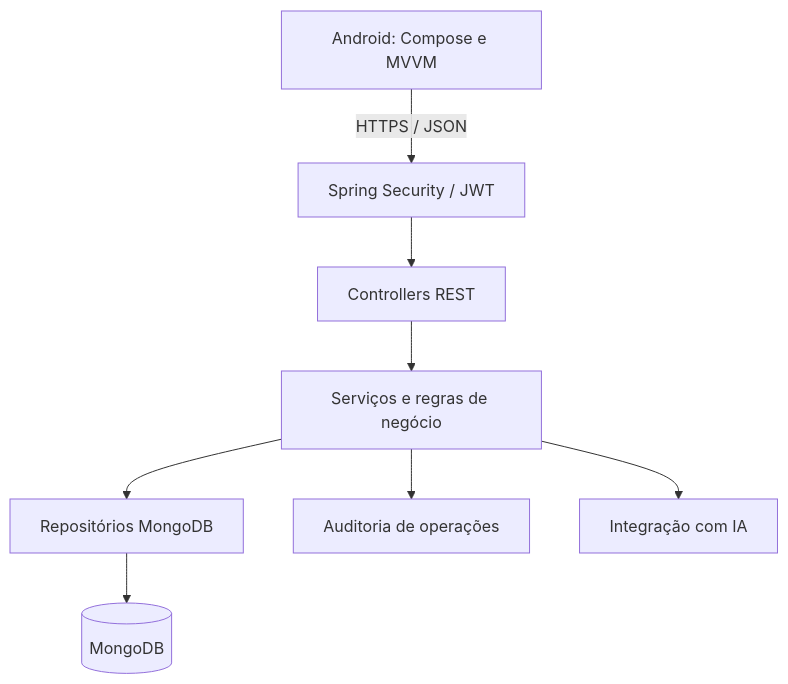
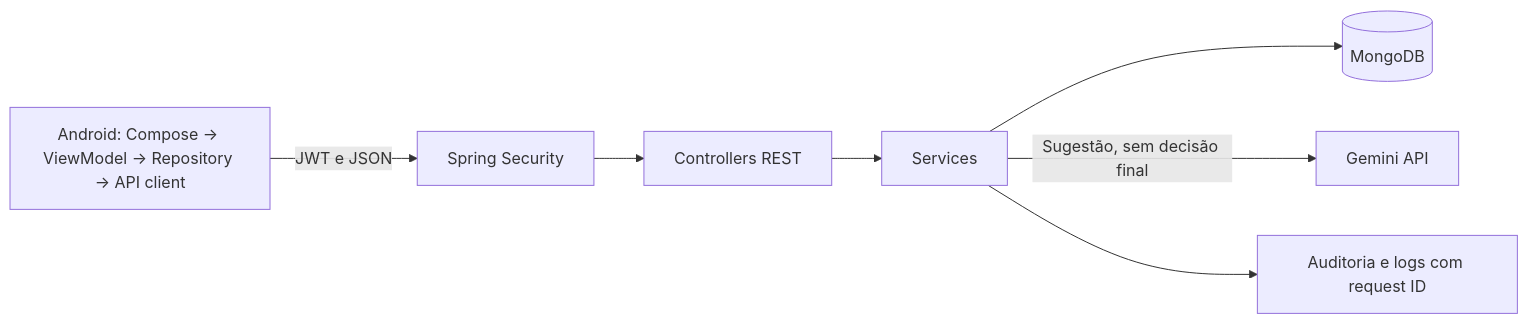
Before and after one commit to felipemm-santos/inovagab-sprint2: the diagram in README.md, drawn with Mermaid. The commit also changed other lines of this file and 1 other file, not shown here.

````diff
--- a/README.md
+++ b/README.md
@@ -58,10 +15,9 @@
 ```mermaid
-flowchart TD
-    App["Android: Compose e MVVM"] -->|"HTTPS / JSON"| Security["Spring Security / JWT"]
-    Security --> Controllers["Controllers REST"]
-    Controllers --> Services["Serviços e regras de negócio"]
-    Services --> Repositories["Repositórios MongoDB"]
-    Repositories --> Database[(MongoDB)]
-    Services --> Audit["Auditoria de operações"]
-    Services --> AI["Integração com IA"]
+flowchart LR
+    Android[Android: Compose → ViewModel → Repository → API client] -->|JWT e JSON| Security[Spring Security]
+    Security --> Controllers[Controllers REST]
+    Controllers --> Services[Services]
+    Services --> Mongo[(MongoDB)]
+    Services -->|Sugestão, sem decisão final| Gemini[Gemini API]
+    Services --> Audit[Auditoria e logs com request ID]
 ```
````
